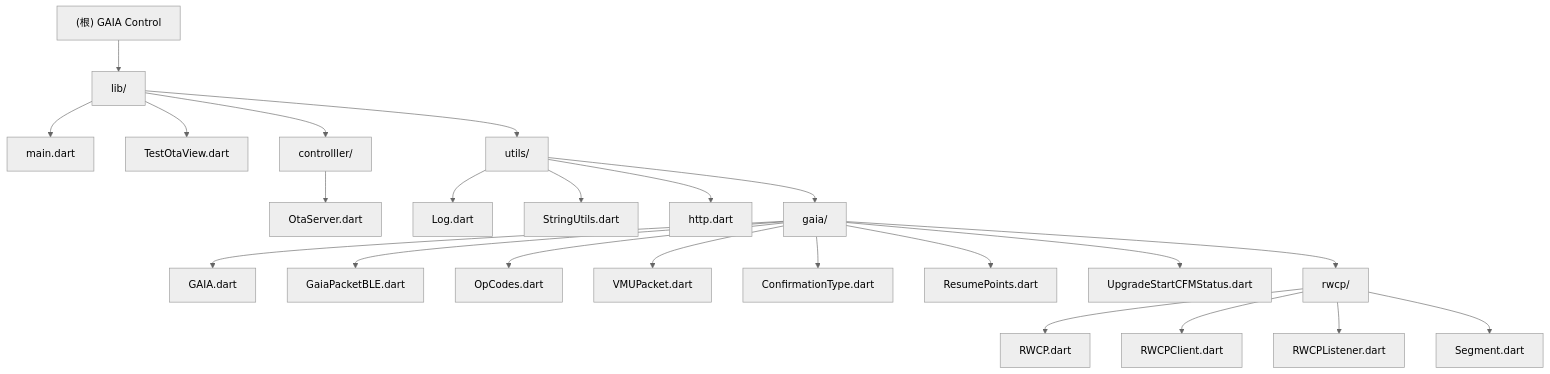
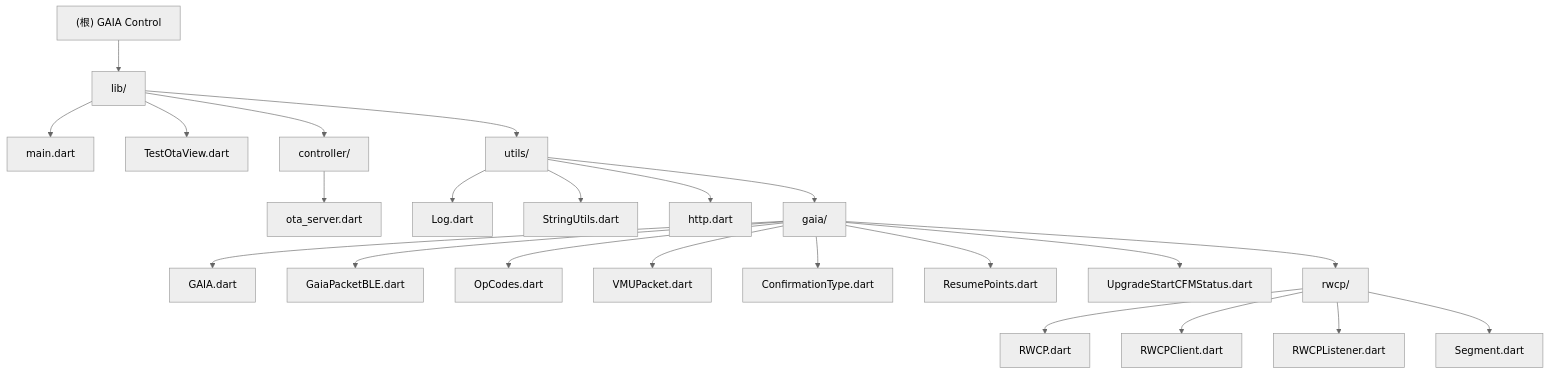
Before and after one commit to H-Chris233/Flutter-GAIAControl: the second of 2 diagrams in CLAUDE.md, drawn with Mermaid (neutral theme). The commit also changed other lines of this file and 3 other files, not shown here.

First line of the commit message:
docs(architecture): 更新项目文档中的目录路径引用

````diff
--- a/CLAUDE.md
+++ b/CLAUDE.md
@@ -80,33 +80,33 @@
 ```mermaid
 graph TD
     ROOT["(根) GAIA Control"] --> LIB["lib/"]
     LIB --> MAIN["main.dart"]
     LIB --> OTAVIEW["TestOtaView.dart"]
-    LIB --> CTRL["controlller/"]
+    LIB --> CTRL["controller/"]
     LIB --> UTILS_DIR["utils/"]
 
-    CTRL --> OTASERVER["OtaServer.dart"]
+    CTRL --> OTASERVER["ota_server.dart"]
 
     UTILS_DIR --> LOG["Log.dart"]
     UTILS_DIR --> STRUTILS["StringUtils.dart"]
     UTILS_DIR --> HTTP["http.dart"]
     UTILS_DIR --> GAIA_DIR["gaia/"]
 
     GAIA_DIR --> GAIA_FILE["GAIA.dart"]
     GAIA_DIR --> PACKET["GaiaPacketBLE.dart"]
     GAIA_DIR --> OPCODES["OpCodes.dart"]
     GAIA_DIR --> VMU["VMUPacket.dart"]
     GAIA_DIR --> CONF["ConfirmationType.dart"]
     GAIA_DIR --> RESUME["ResumePoints.dart"]
     GAIA_DIR --> UPGRADE["UpgradeStartCFMStatus.dart"]
     GAIA_DIR --> RWCP_DIR["rwcp/"]
 
     RWCP_DIR --> RWCP_FILE["RWCP.dart"]
     RWCP_DIR --> RWCP_CLIENT["RWCPClient.dart"]
     RWCP_DIR --> RWCP_LISTENER["RWCPListener.dart"]
     RWCP_DIR --> SEGMENT["Segment.dart"]
 
-    click CTRL "./lib/controlller/CLAUDE.md" "查看 controlller 模块文档"
+    click CTRL "./lib/controller/CLAUDE.md" "查看 controller 模块文档"
     click GAIA_DIR "./lib/utils/gaia/CLAUDE.md" "查看 gaia 模块文档"
     click RWCP_DIR "./lib/utils/gaia/rwcp/CLAUDE.md" "查看 rwcp 模块文档"
 ```
````
